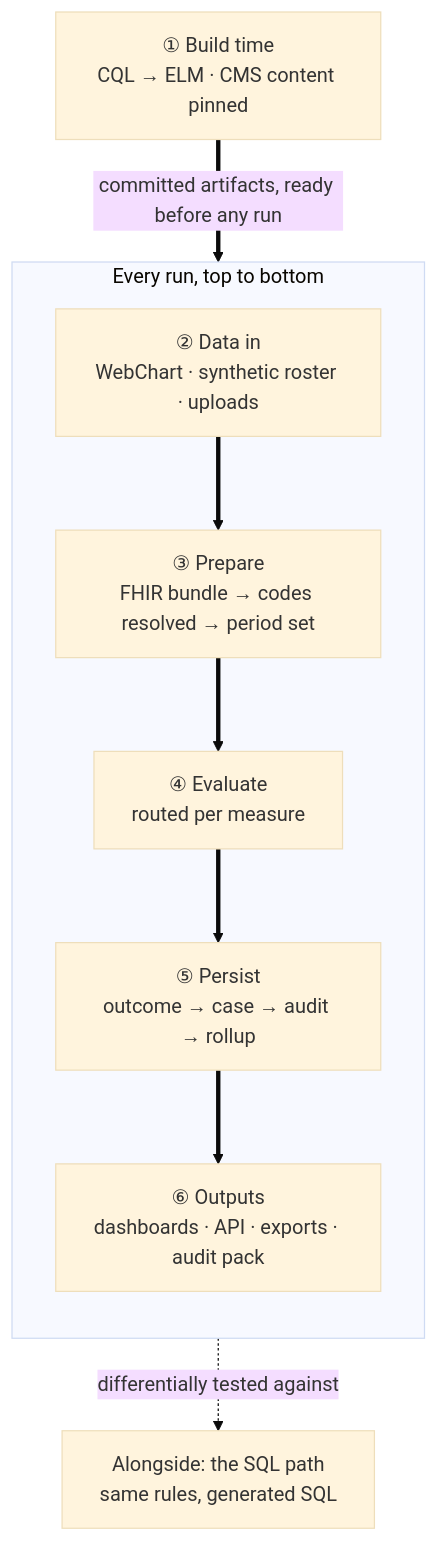
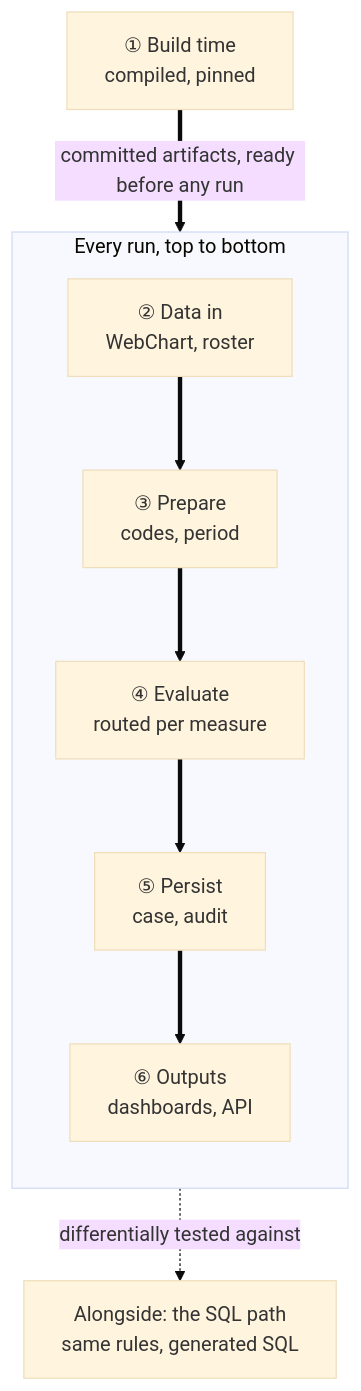
Before and after one commit to Taleef7/workwell: the diagram in docs/guide/README.md, drawn with Mermaid (base theme).

Commit message:
fix(docs): shorten mermaid subtitles further -- still clipping
<br/> alone didn't fix it. Comparing which lines rendered fully vs
clipped in the last two screenshots: every subtitle over ~19
characters got clipped (even "Data in" quietly lost its trailing
"uploads" clause), while the one line at exactly 19 characters
rendered in full. Shorten every subtitle to at or under that
confirmed-safe length; full detail stays in the numbered list below
the diagram, unaffected by this.

````diff
--- a/docs/guide/README.md
+++ b/docs/guide/README.md
@@ -39,16 +39,16 @@
 ```mermaid
 flowchart TB
-  BUILD["① Build time<br/>CQL → ELM · CMS content pinned"]
+  BUILD["① Build time<br/>compiled, pinned"]
   subgraph RUN["Every run, top to bottom"]
     direction TB
-    DATA["② Data in<br/>WebChart · synthetic roster · uploads"]
-    PREP["③ Prepare<br/>FHIR bundle → codes resolved → period set"]
+    DATA["② Data in<br/>WebChart, roster"]
+    PREP["③ Prepare<br/>codes, period"]
     EVAL["④ Evaluate<br/>routed per measure"]
-    SAVE["⑤ Persist<br/>outcome → case → audit → rollup"]
-    OUT["⑥ Outputs<br/>dashboards · API · exports · audit pack"]
+    SAVE["⑤ Persist<br/>case, audit"]
+    OUT["⑥ Outputs<br/>dashboards, API"]
     DATA ==> PREP ==> EVAL ==> SAVE ==> OUT
   end
   SQL["Alongside: the SQL path<br/>same rules, generated SQL"]
   BUILD ==>|"committed artifacts, ready before any run"| RUN
   EVAL -. "differentially tested against" .-> SQL
 ```
````
